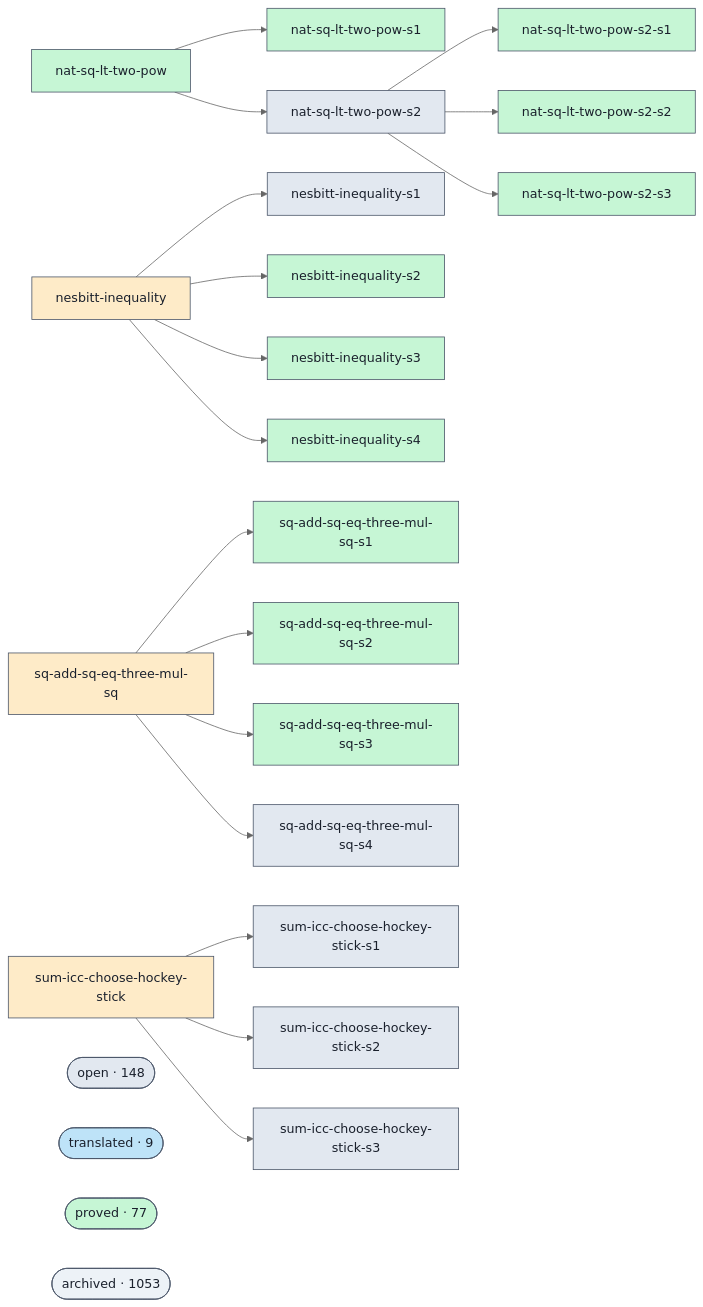
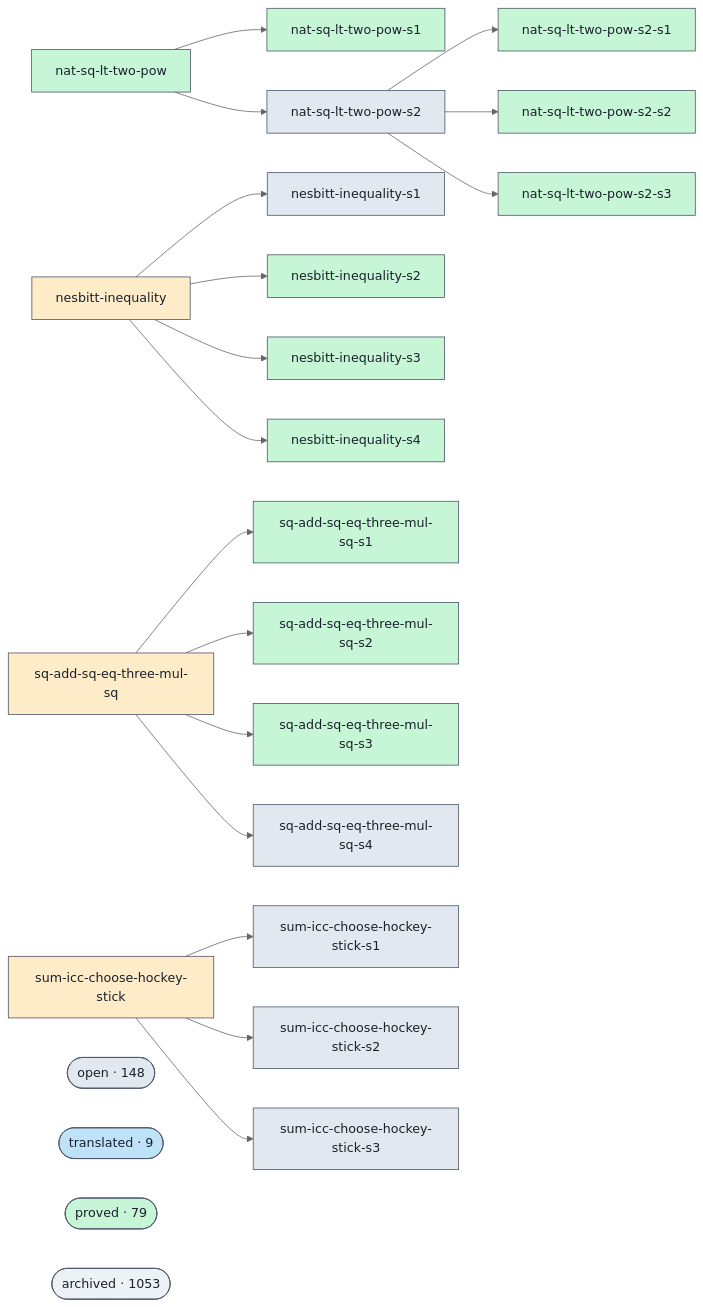
Before and after one commit to ohdearquant/unsorry: the diagram in docs/proofs-contributors-visualisation.md, drawn with Mermaid (neutral theme). The commit also changed other lines of this file and 2 other files, not shown here.

```diff
--- a/docs/proofs-contributors-visualisation.md
+++ b/docs/proofs-contributors-visualisation.md
@@ -102,7 +102,7 @@
   class cluster_open open;
   cluster_translated(["translated · 9"])
   class cluster_translated translated;
-  cluster_proved(["proved · 77"])
+  cluster_proved(["proved · 79"])
   class cluster_proved proved;
   cluster_archived(["archived · 1053"])
   class cluster_archived unknown;
```
